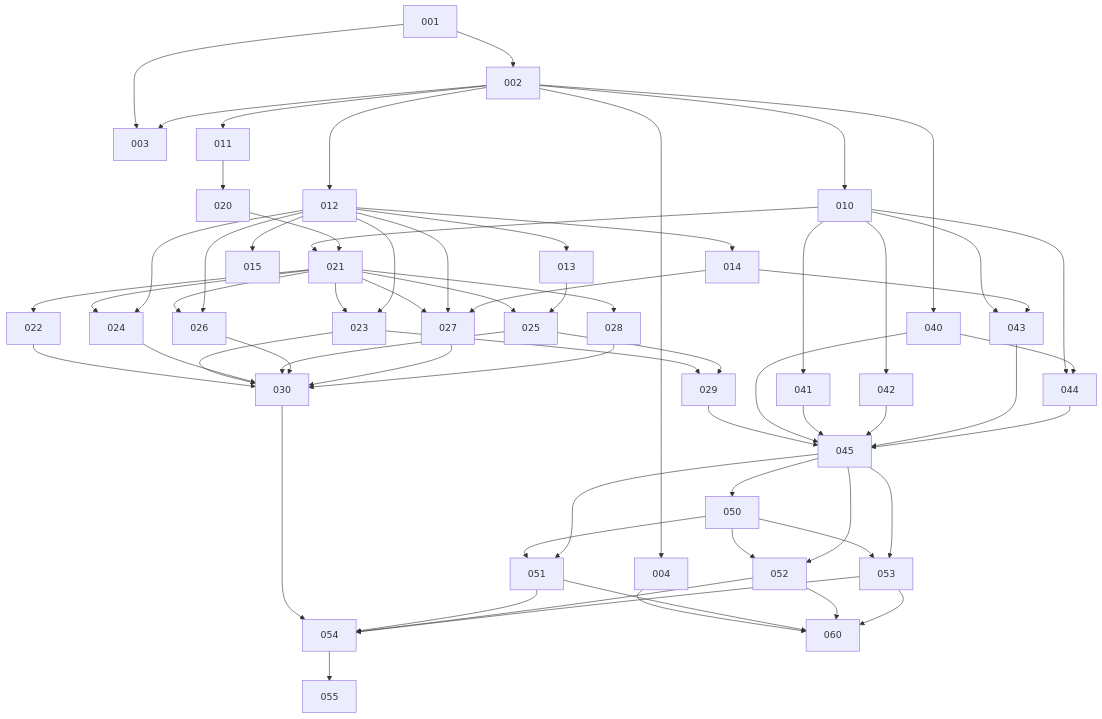
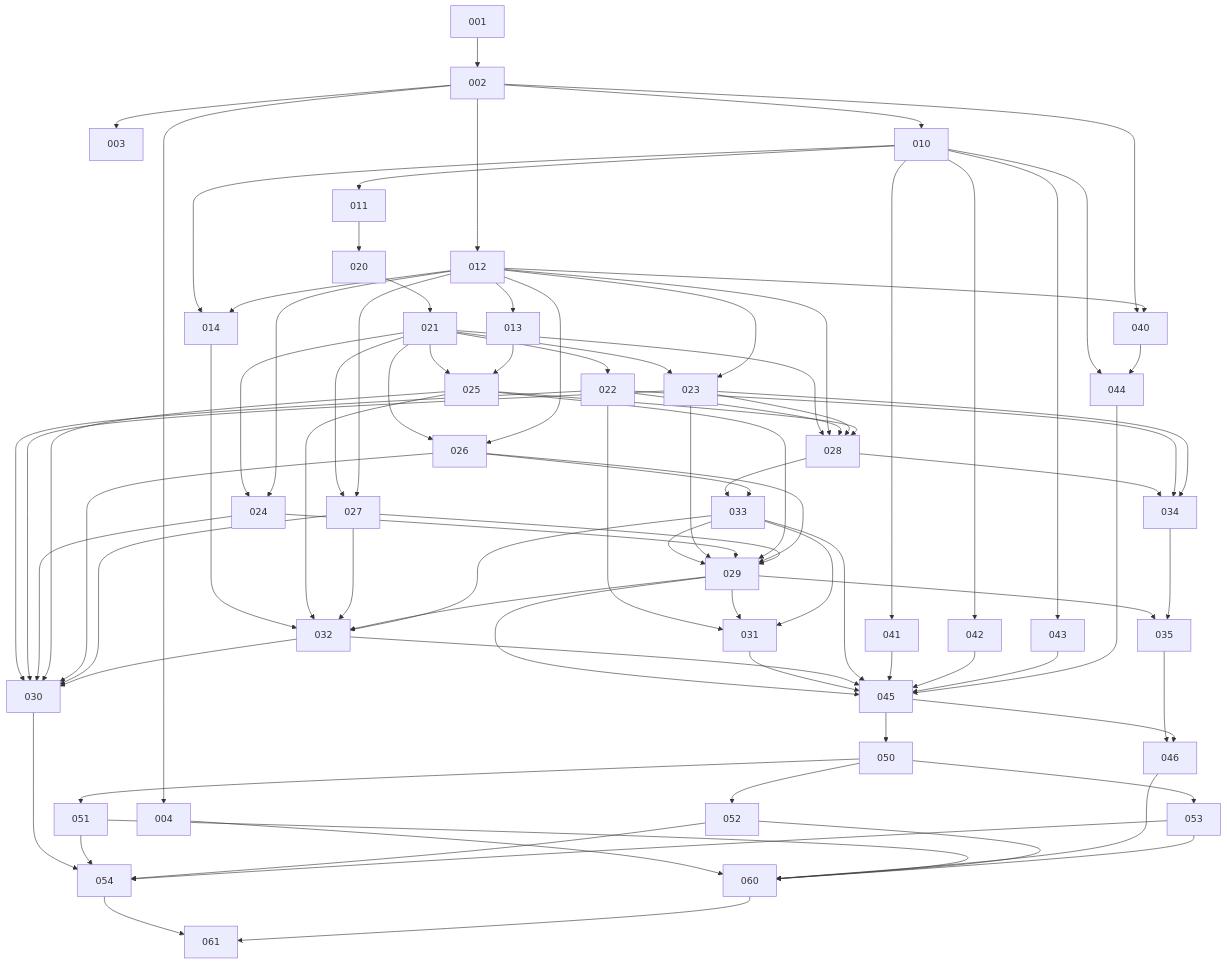
One commit to Alancfops/alanwind changed the diagram in docs/tarefas/fase-1/README.md. Above: the diagram before and after it, drawn with Mermaid. The commit also changed other lines of this file and 42 other files, not shown here.

````diff
--- a/docs/tarefas/fase-1/README.md
+++ b/docs/tarefas/fase-1/README.md
@@ -58,21 +123,19 @@
 ```mermaid
 graph TD
   001 --> 002
-  001 --> 003
   002 --> 003
   002 --> 004
 
   002 --> 010
-  002 --> 011
   002 --> 012
   002 --> 040
+  012 --> 040
 
-  011 --> 020
+  010 --> 011
+  010 --> 014
   012 --> 013
   012 --> 014
-  012 --> 015
-
-  010 --> 021
+  011 --> 020
   020 --> 021
 
   021 --> 022
@@ -81,54 +144,86 @@
   021 --> 025
   021 --> 026
   021 --> 027
-  021 --> 028
   012 --> 023
   012 --> 024
   012 --> 026
   012 --> 027
   013 --> 025
-  014 --> 027
 
+  021 --> 028
+  012 --> 028
+  022 --> 028
+  023 --> 028
+  025 --> 028
+
+  028 --> 033
+  026 --> 033
+
+  033 --> 029
   023 --> 029
+  024 --> 029
   025 --> 029
+  026 --> 029
+  027 --> 029
+
+  022 --> 031
+  029 --> 031
+  033 --> 031
+
+  014 --> 032
+  025 --> 032
+  027 --> 032
+  029 --> 032
+  033 --> 032
+
+  028 --> 034
+  022 --> 034
+  023 --> 034
+  029 --> 035
+  034 --> 035
+
   022 --> 030
   023 --> 030
   024 --> 030
   025 --> 030
   026 --> 030
   027 --> 030
-  028 --> 030
+  032 --> 030
 
   010 --> 041
   010 --> 042
   010 --> 043
-  014 --> 043
   010 --> 044
   040 --> 044
 
   029 --> 045
-  040 --> 045
+  031 --> 045
+  032 --> 045
+  033 --> 045
   041 --> 045
   042 --> 045
   043 --> 045
   044 --> 045
 
+  035 --> 046
+  045 --> 046
+
   045 --> 050
   050 --> 051
   050 --> 052
   050 --> 053
-  045 --> 051
-  045 --> 052
-  045 --> 053
 
   030 --> 054
   051 --> 054
   052 --> 054
   053 --> 054
-  054 --> 055
 
   004 --> 060
+  046 --> 060
   051 --> 060
   052 --> 060
   053 --> 060
+
+  054 --> 061
+  060 --> 061
 ```
````
